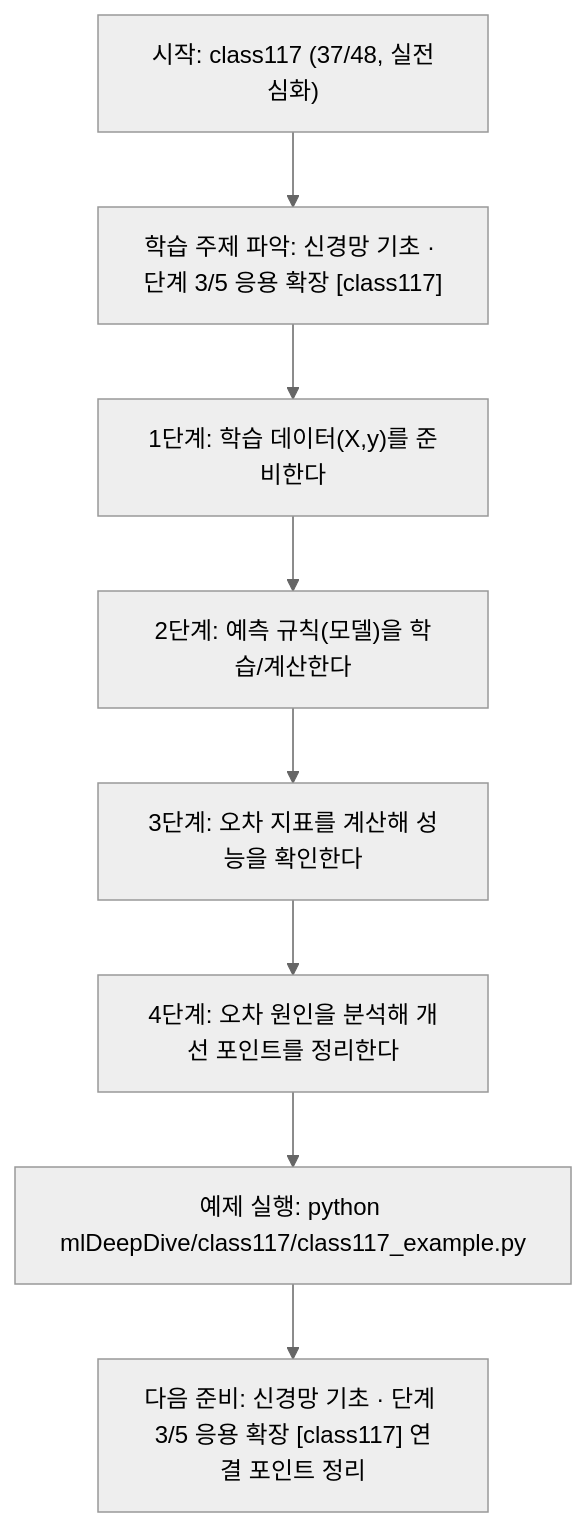
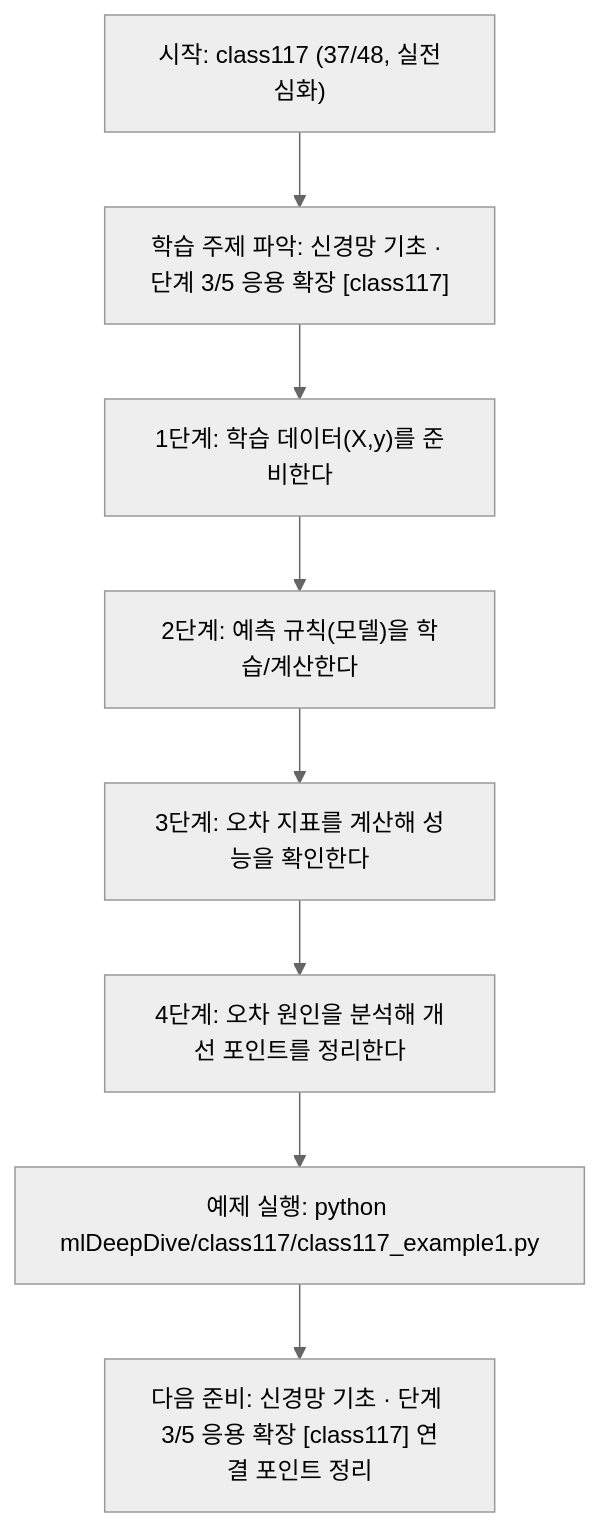
The diagram in mlDeepDive/class117/class117.md (edumgt/Python-AI_Agent-Class), drawn with Mermaid (neutral theme) before and after one commit. The commit also changed other lines of this file and 2959 other files, not shown here.

````diff
--- a/mlDeepDive/class117/class117.md
+++ b/mlDeepDive/class117/class117.md
@@ -109,18 +109,18 @@
 ```mermaid
 flowchart TD
 N1["시작: class117 (37/48, 실전심화)"]
 N2["학습 주제 파악: 신경망 기초 · 단계 3/5 응용 확장 [class117]"]
 N3["1단계: 학습 데이터(X,y)를 준비한다"]
 N4["2단계: 예측 규칙(모델)을 학습/계산한다"]
 N5["3단계: 오차 지표를 계산해 성능을 확인한다"]
 N6["4단계: 오차 원인을 분석해 개선 포인트를 정리한다"]
-N7["예제 실행: python mlDeepDive/class117/class117_example.py"]
+N7["예제 실행: python mlDeepDive/class117/class117_example1.py"]
 N8["다음 준비: 신경망 기초 · 단계 3/5 응용 확장 [class117] 연결 포인트 정리"]
 N1 --> N2
 N2 --> N3
 N3 --> N4
 N4 --> N5
 N5 --> N6
 N6 --> N7
 N7 --> N8
 ```
````
